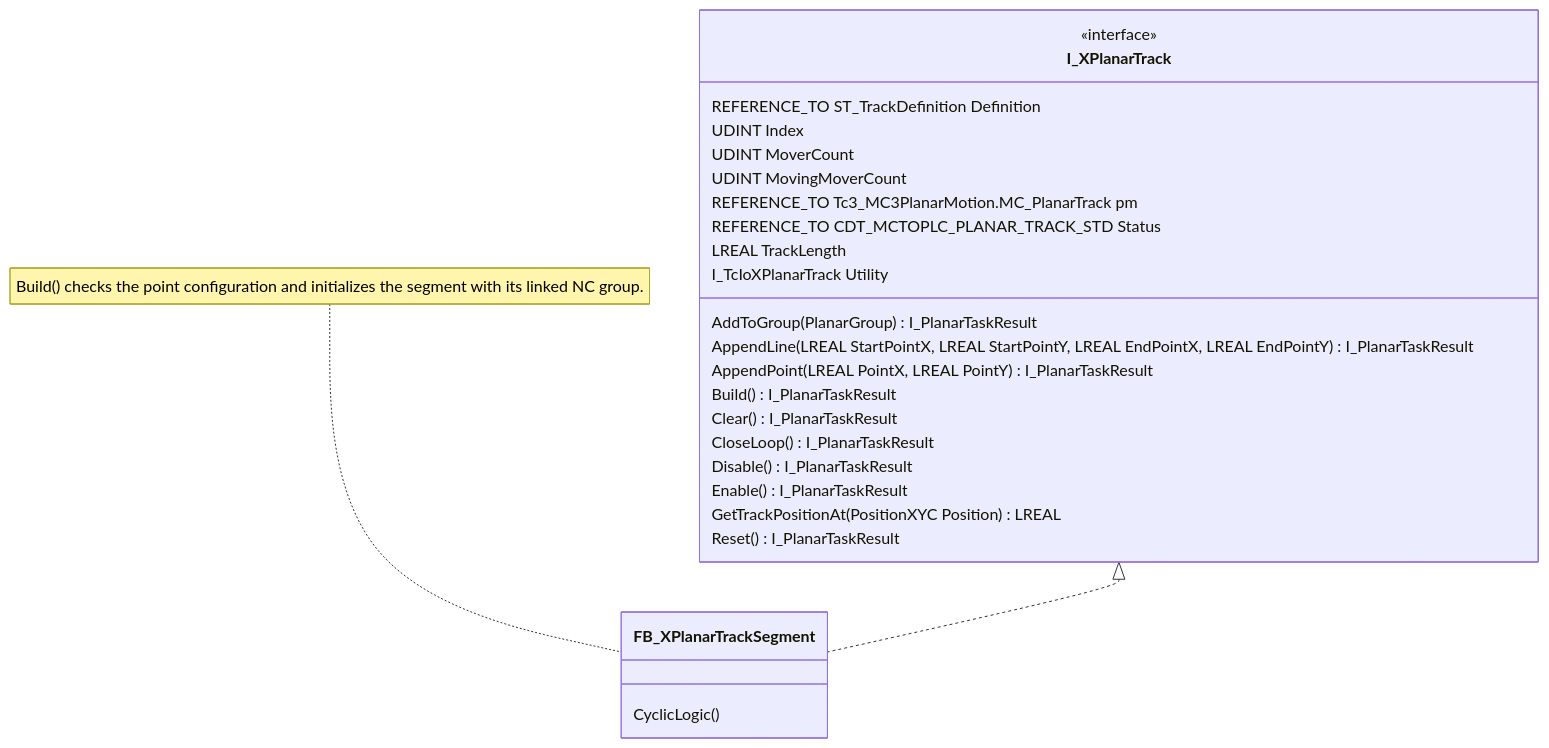
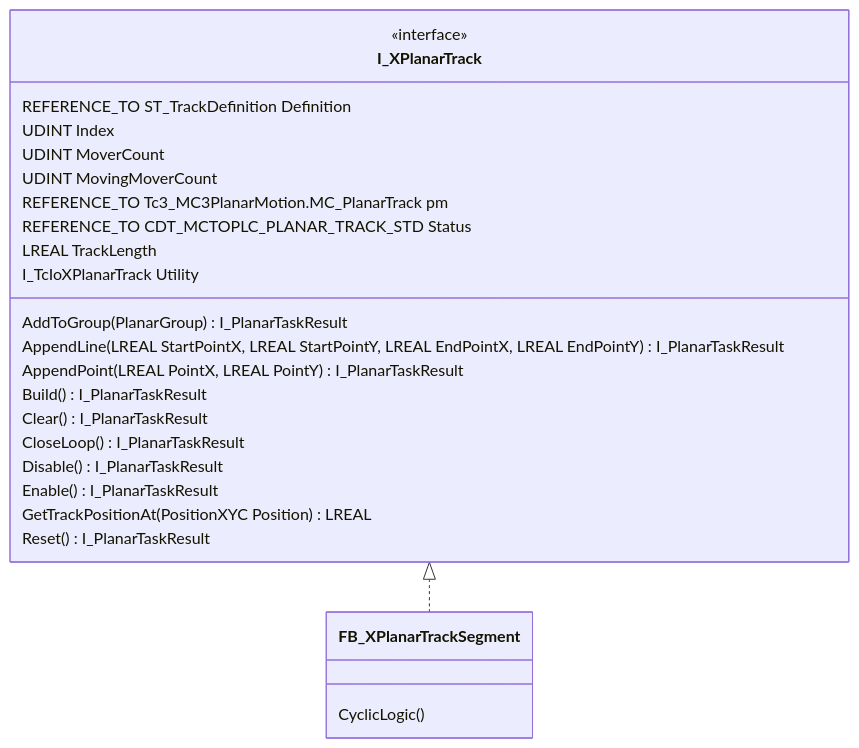
One commit to Beckhoff-USA-Community/XPlanarApplicationLibrary changed the fifth of 5 diagrams in docs/index.md. Above: the diagram before and after it, drawn with Mermaid. The commit also changed other lines of this file, not shown here.

Commit message:
Move diagram notes into page text

````diff
--- a/docs/index.md
+++ b/docs/index.md
@@ -222,34 +224,32 @@
 ```mermaid
 classDiagram
     direction TB
 
     class I_XPlanarTrack{
         <<interface>>
         REFERENCE_TO ST_TrackDefinition Definition
         UDINT Index
         UDINT MoverCount
         UDINT MovingMoverCount
         REFERENCE_TO Tc3_MC3PlanarMotion.MC_PlanarTrack pm
         REFERENCE_TO CDT_MCTOPLC_PLANAR_TRACK_STD Status
         LREAL TrackLength
         I_TcIoXPlanarTrack Utility
         AddToGroup(PlanarGroup) I_PlanarTaskResult
         AppendLine(LREAL StartPointX, LREAL StartPointY, LREAL EndPointX, LREAL EndPointY) I_PlanarTaskResult
         AppendPoint(LREAL PointX, LREAL PointY) I_PlanarTaskResult
         Build() I_PlanarTaskResult
         Clear() I_PlanarTaskResult
         CloseLoop() I_PlanarTaskResult
         Disable() I_PlanarTaskResult
         Enable() I_PlanarTaskResult
         GetTrackPositionAt(PositionXYC Position) LREAL
         Reset() I_PlanarTaskResult
     }
 
     class FB_XPlanarTrackSegment{
         CyclicLogic()
     }
 
     I_XPlanarTrack <|.. FB_XPlanarTrackSegment
-
-    note for FB_XPlanarTrackSegment "Build() checks the point configuration and initializes the segment with its linked NC group."
 ```
````
